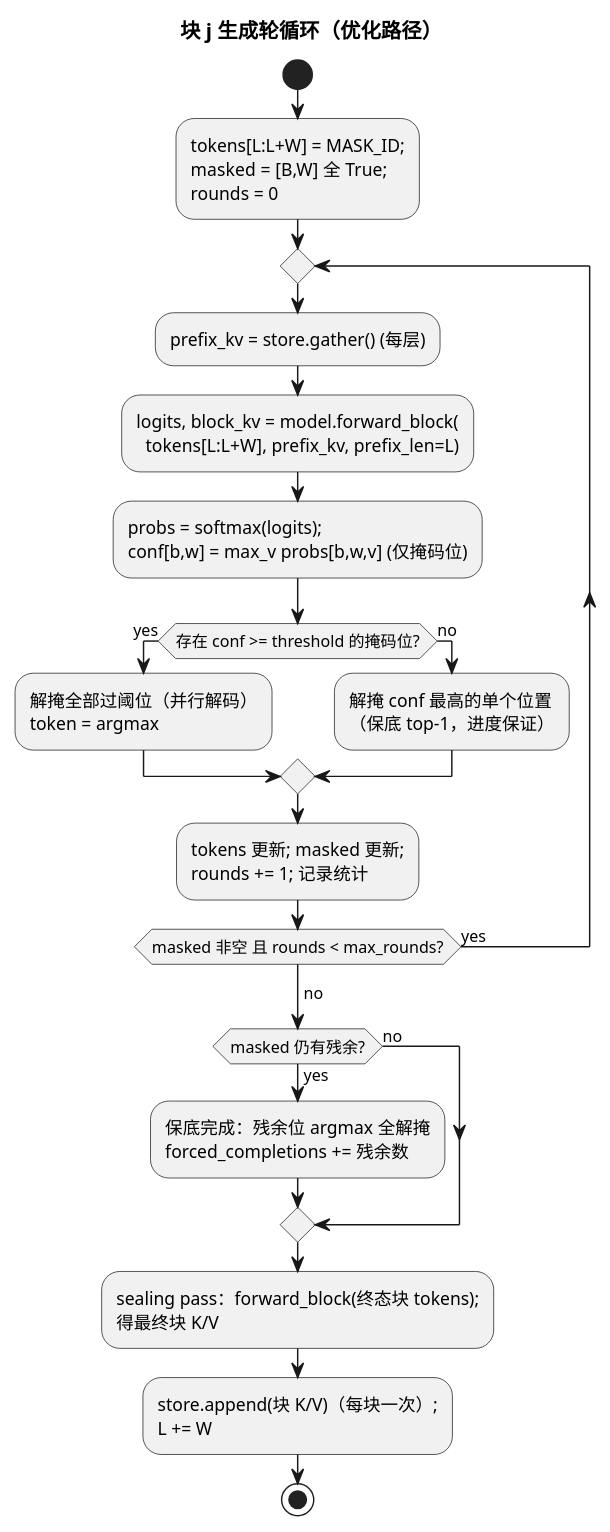
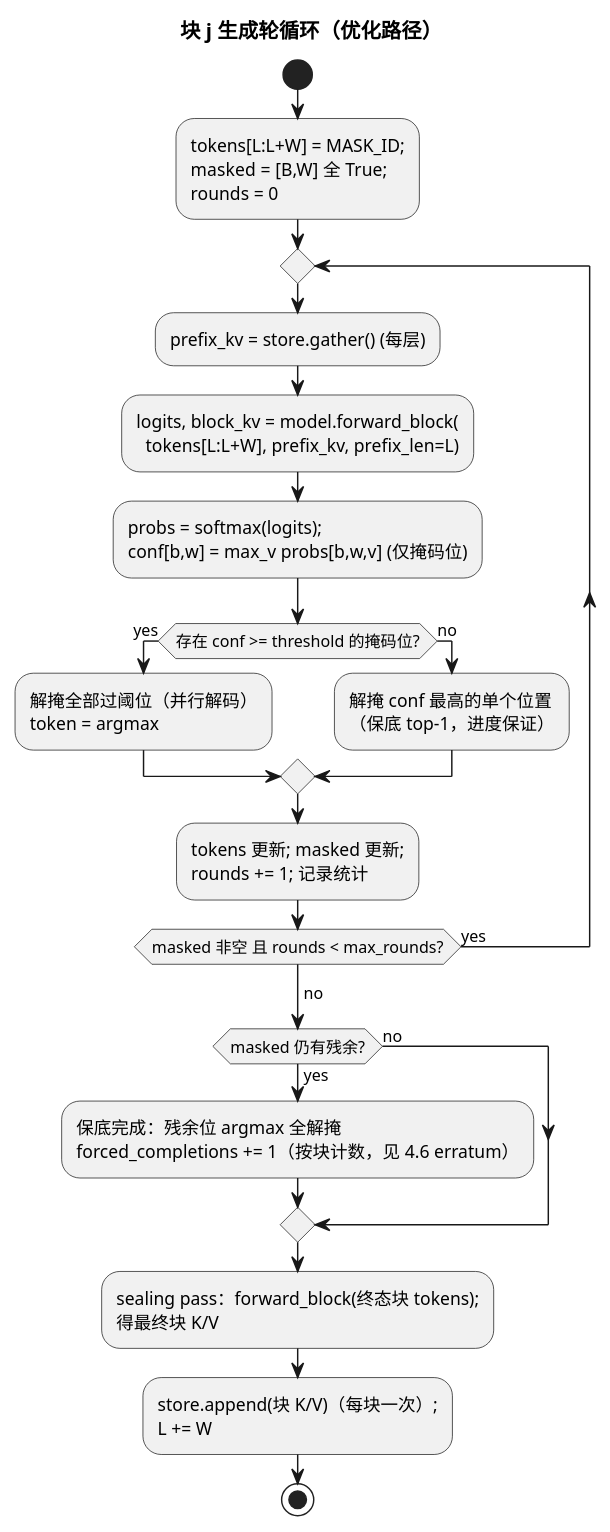
One commit to ShaneLiu04/shadow-infer changed the second of 2 diagrams in specs/changes/AR016-blockwise-parallel-decoding/design.md. Above: the diagram before and after it, drawn with PlantUML. The commit also changed other lines of this file and 4 other files, not shown here.

````diff
--- a/specs/changes/AR016-blockwise-parallel-decoding/design.md
+++ b/specs/changes/AR016-blockwise-parallel-decoding/design.md
@@ -80,27 +80,27 @@
 ```plantuml
 @startuml
 title 块 j 生成轮循环（优化路径）
 
 start
 :tokens[L:L+W] = MASK_ID;\nmasked = [B,W] 全 True;\nrounds = 0;
 repeat
   :prefix_kv = store.gather() (每层);
   :logits, block_kv = model.forward_block(\n  tokens[L:L+W], prefix_kv, prefix_len=L);
   :probs = softmax(logits);\nconf[b,w] = max_v probs[b,w,v] (仅掩码位);
   if (存在 conf >= threshold 的掩码位?) then (yes)
     :解掩全部过阈位（并行解码）\ntoken = argmax;
   else (no)
     :解掩 conf 最高的单个位置\n（保底 top-1，进度保证）;
   endif
   :tokens 更新; masked 更新;\nrounds += 1; 记录统计;
 repeat while (masked 非空 且 rounds < max_rounds?) is (yes)
 -> no;
 if (masked 仍有残余?) then (yes)
-  :保底完成：残余位 argmax 全解掩\nforced_completions += 残余数;
+  :保底完成：残余位 argmax 全解掩\nforced_completions += 1（按块计数，见 4.6 erratum）;
 else (no)
 endif
 :sealing pass：forward_block(终态块 tokens);\n得最终块 K/V;
 :store.append(块 K/V)（每块一次）;\nL += W;
 stop
 @enduml
 ```
````
